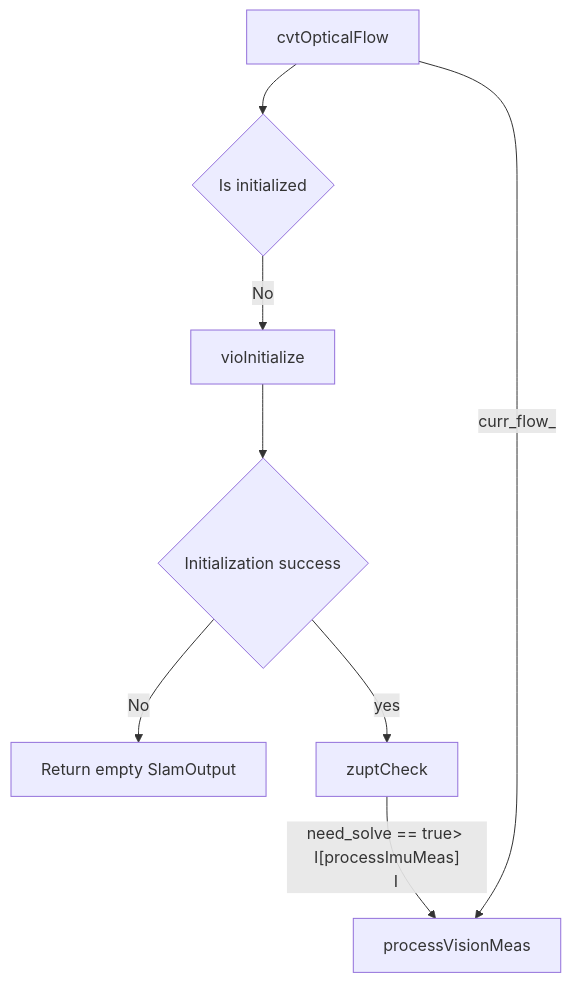
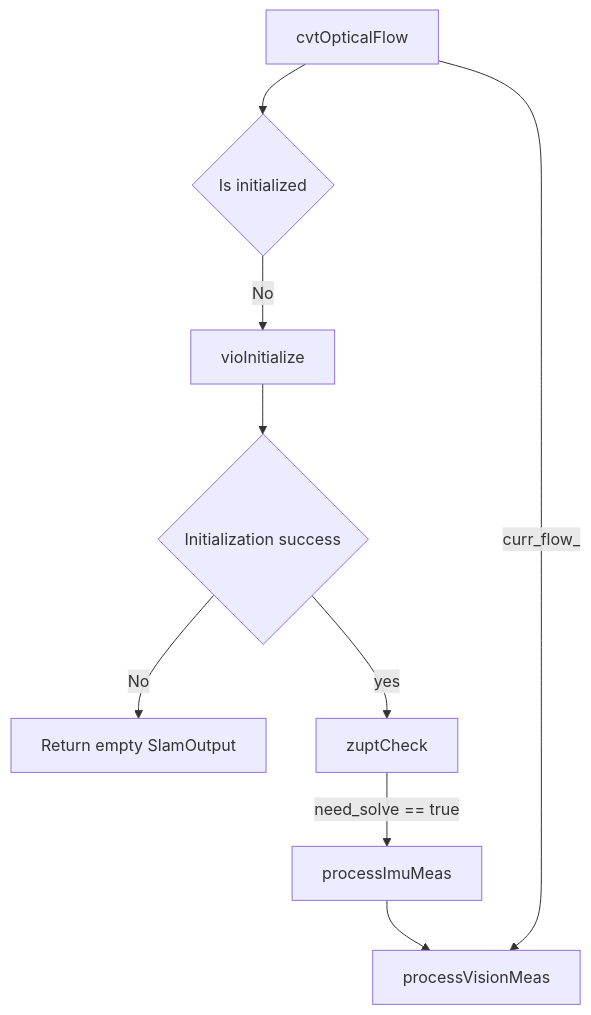
One commit to huzixuan1/iodraw-files changed the diagram in all/未命名-4.md. Above: the diagram before and after it, drawn with Mermaid.

Commit message:
2025-04-24 18:08:13 update

````diff
--- a/all/未命名-4.md
+++ b/all/未命名-4.md
@@ -1,18 +1,18 @@
 ```mermaid
 graph TD
     B[cvtOpticalFlow]
     B --> C{Is initialized}
 
     C -- No --> D[vioInitialize]
     D --> E{Initialization success}
     E -- No --> F[Return empty SlamOutput]
     %% E -- Yes --> G[Set initialized = true]
     E --yes--> H
 
     H[zuptCheck]
 
     %% G --> H
-    H -- need_solve == true> I[processImuMeas]
+    H -- need_solve == true--> I[processImuMeas]
     I --> J[processVisionMeas]
     B --curr_flow_--> J
 ```
````
